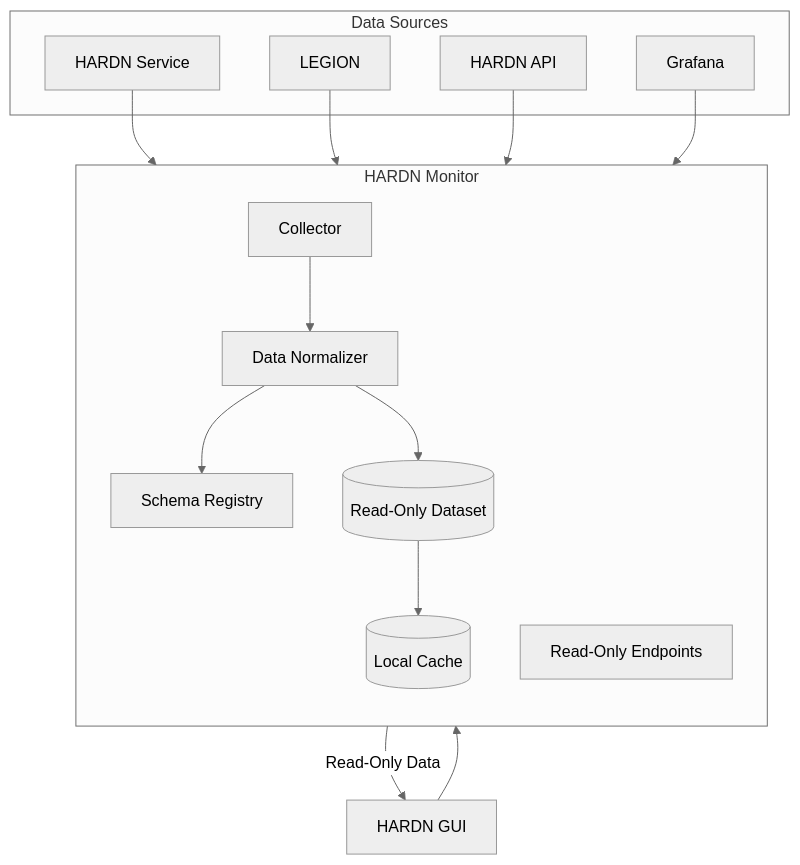
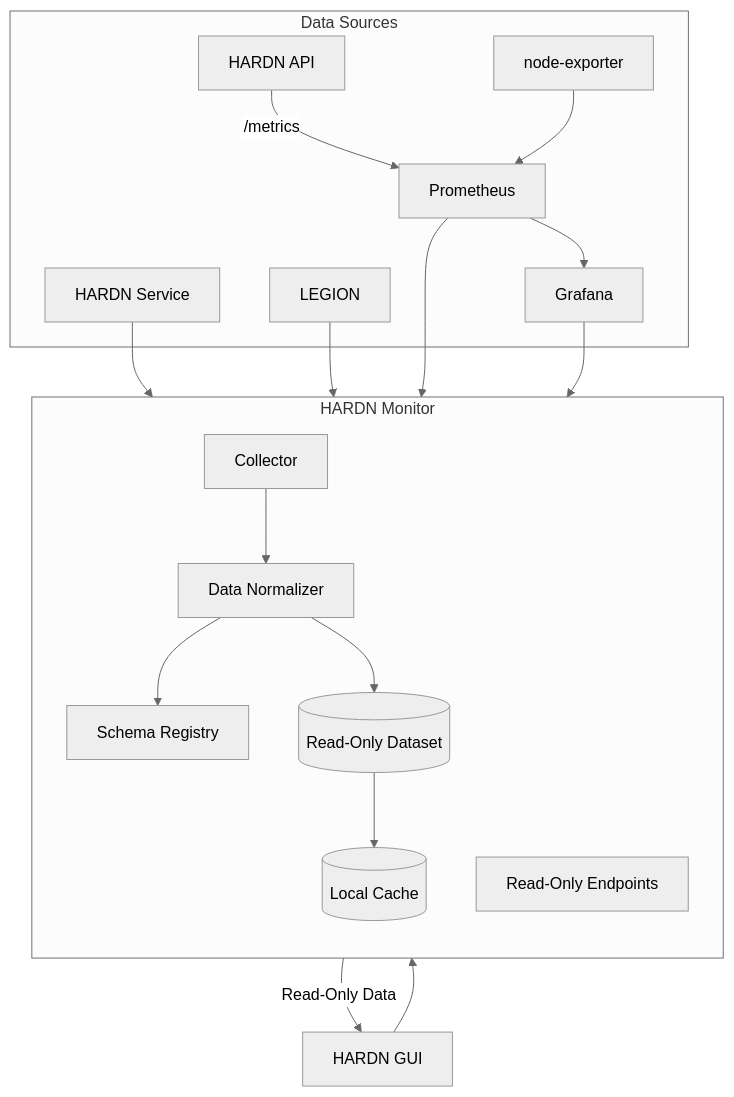
Before and after one commit to Security-International-Group/HARDN: the third of 4 diagrams in docs/diagram.md, drawn with Mermaid (neutral theme). The commit also changed other lines of this file and 4 other files, not shown here.

````diff
--- a/docs/diagram.md
+++ b/docs/diagram.md
@@ -141,31 +141,36 @@
 ```mermaid
 graph TD
     subgraph Data Sources
         HS[HARDN Service]
         LG[LEGION]
         API[HARDN API]
+        PROM[Prometheus]
         GF[Grafana]
+        NE[node-exporter]
     end
 
     subgraph HARDN Monitor
         direction TB
         COL[Collector]
         NORM[Data Normalizer]
         SCH[Schema Registry]
         DS[(Read-Only Dataset)]
         EXP[Read-Only Endpoints]
         LCL[(Local Cache)]
     end
 
     HS --> COL
     LG --> COL
-    API --> COL
+    API -->|/metrics| PROM
+    NE --> PROM
+    PROM --> GF
+    PROM --> COL
     GF --> COL
 
     COL --> NORM
     NORM --> SCH
     NORM --> DS
     DS --> LCL
     EXP -->|Read-Only Data| GUI[HARDN GUI]
     GUI --> DS
 ```
````
